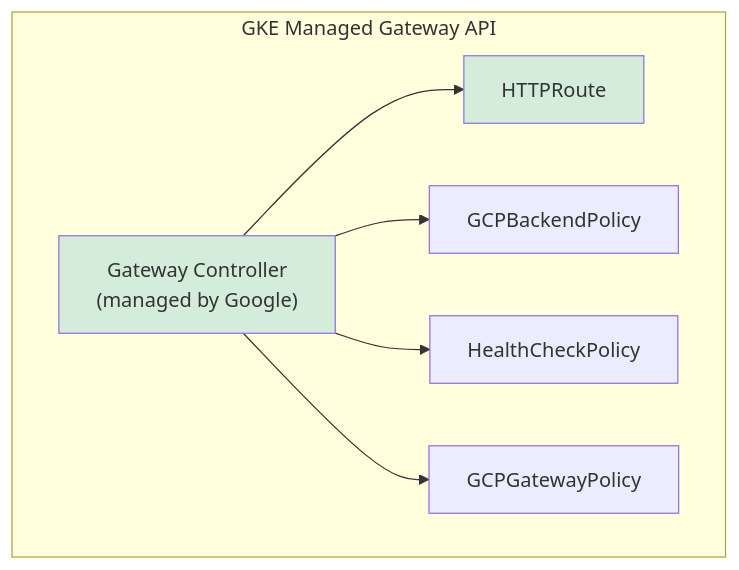
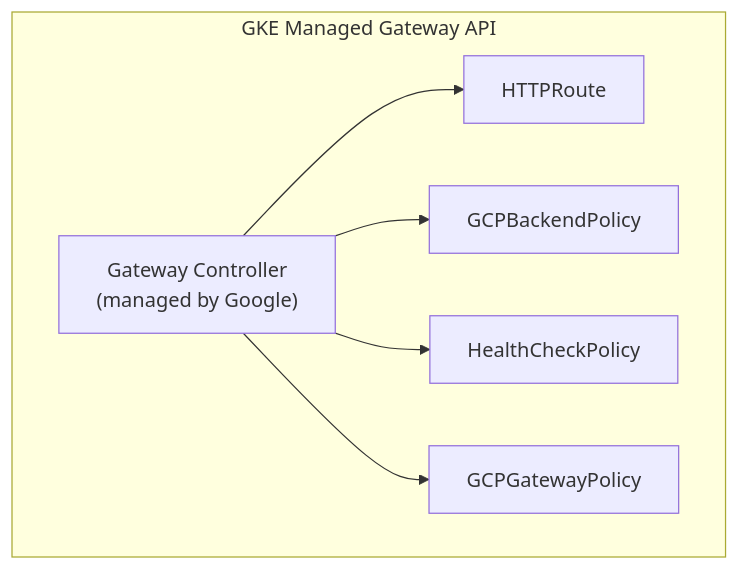
One commit to ahmadnurhidayat/docs changed the second of 4 diagrams in src/content/docs/01-knowledge-base/gcp/why-we-migrated-ingress-to-gateway-api.md. Above: the diagram before and after it, drawn with Mermaid. The commit also changed other lines of this file, not shown here.

First line of the commit message:
docs(gcp): Fix Mermaid diagram styling syntax in Gateway API migration guide

````diff
--- a/src/content/docs/01-knowledge-base/gcp/why-we-migrated-ingress-to-gateway-api.md
+++ b/src/content/docs/01-knowledge-base/gcp/why-we-migrated-ingress-to-gateway-api.md
@@ -98,18 +98,18 @@
 ```mermaid
 graph TB
     subgraph GKE["GKE Managed Gateway API"]
         gw["Gateway Controller\n(managed by Google)"]
         hr["HTTPRoute"]
         bp["GCPBackendPolicy"]
         hc["HealthCheckPolicy"]
         gp["GCPGatewayPolicy"]
     end
 
     gw --> hr
     gw --> bp
     gw --> hc
     gw --> gp
 
-    style gw fill:#d4edda
-    style hr fill:#d4edda
+    style gw fill:
+    style hr fill:
 ```
````
